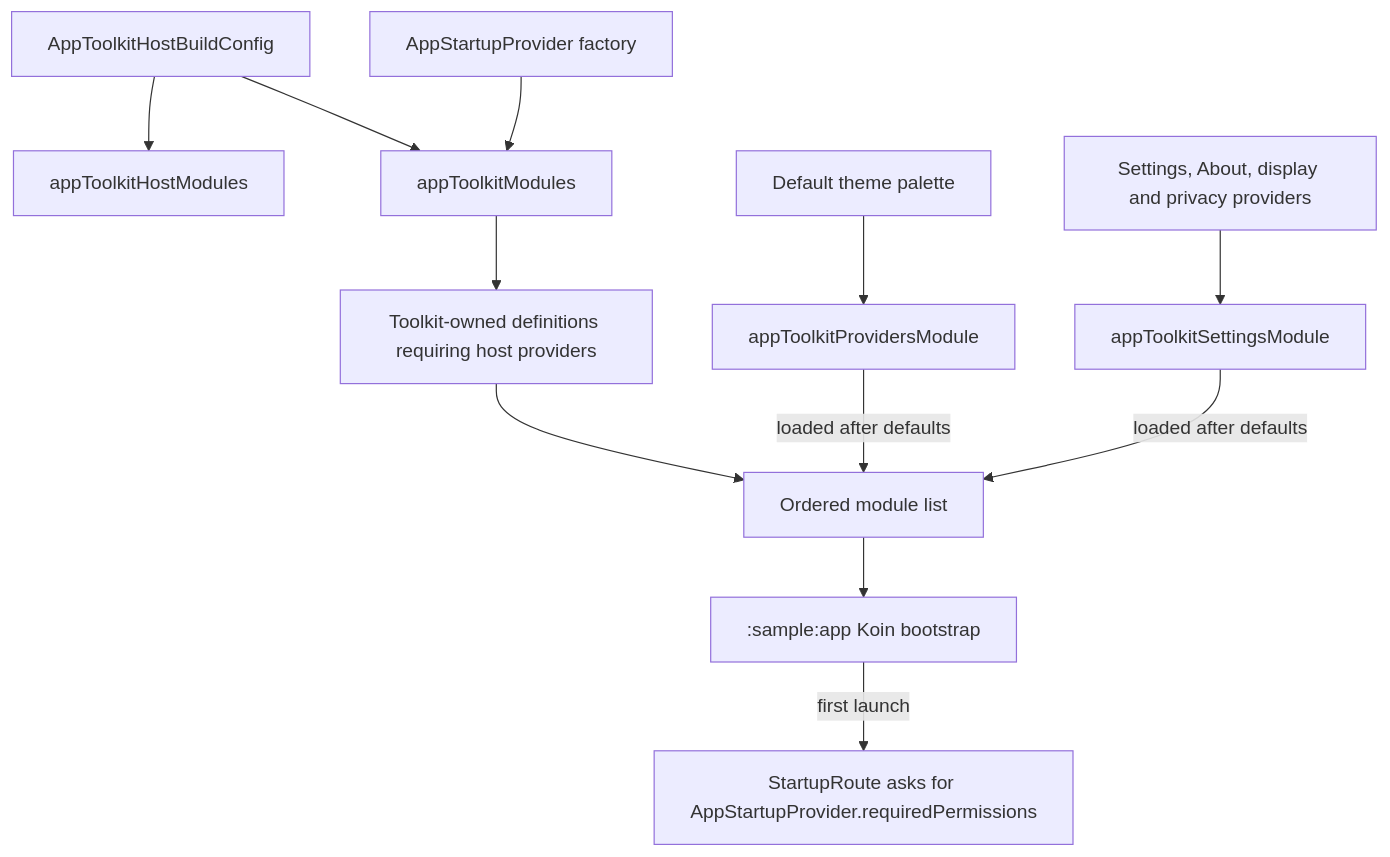
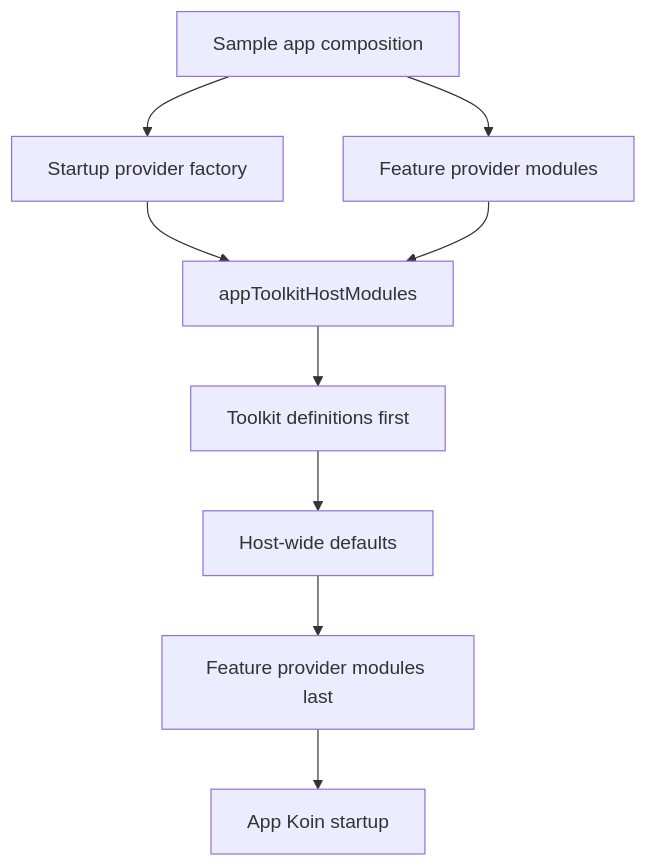
One commit to MihaiCristianCondrea/App-Toolkit-for-Android changed the diagram in sample/core/apptoolkit/README.md. Above: the diagram before and after it, drawn with Mermaid. The commit also changed other lines of this file and 35 other files, not shown here.

````diff
--- a/sample/core/apptoolkit/README.md
+++ b/sample/core/apptoolkit/README.md
@@ -44,14 +37,11 @@
 ```mermaid
 flowchart TD
-    Config[AppToolkitHostBuildConfig] --> HostModules[appToolkitHostModules]
-    Startup[AppStartupProvider factory] --> Toolkit[appToolkitModules]
-    Config --> Toolkit
-    Toolkit --> ToolkitGraph[Toolkit-owned definitions requiring host providers]
-    Palette[Default theme palette] --> Overrides[appToolkitProvidersModule]
-    Settings[Settings, About, display and privacy providers] --> SettingsModule[appToolkitSettingsModule]
-    ToolkitGraph --> Ordered[Ordered module list]
-    Overrides -->|loaded after defaults| Ordered
-    SettingsModule -->|loaded after defaults| Ordered
-    Ordered --> App[":sample:app Koin bootstrap"]
-    App -->|first launch| Screen[StartupRoute asks for AppStartupProvider.requiredPermissions]
+    App[Sample app composition] --> Factory[Startup provider factory]
+    App --> Providers[Feature provider modules]
+    Factory --> Adapter[appToolkitHostModules]
+    Providers --> Adapter
+    Adapter --> Toolkit[Toolkit definitions first]
+    Toolkit --> Defaults[Host-wide defaults]
+    Defaults --> Overrides[Feature provider modules last]
+    Overrides --> Bootstrap[App Koin startup]
 ```
````
